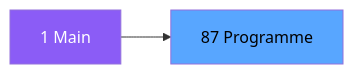
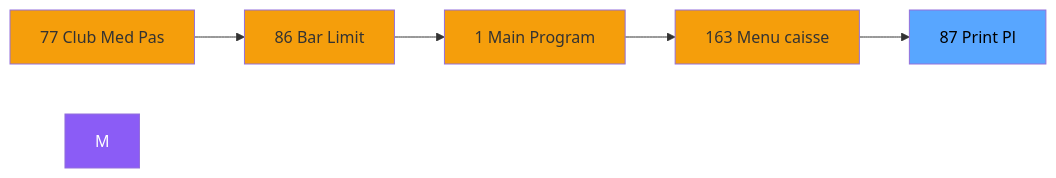
The second of 3 diagrams in .openspec/specs/ADH-IDE-87.md (thonyAGP/magic-migration), drawn with Mermaid before and after one commit. The commit also changed other lines of this file and 323 other files, not shown here.

````diff
--- a/.openspec/specs/ADH-IDE-87.md
+++ b/.openspec/specs/ADH-IDE-87.md
@@ -101,8 +115,18 @@
 ```mermaid
 graph LR
-    M[1 Main]
-    T[87 Programme]
-    M --> T
+    N77[77 Club Med Pas]
+    N86[86 Bar Limit]
+    N1[1 Main Program]
+    N163[163 Menu caisse ]
+    T[87     Print Pl]
+    N77 --> N86
+    N86 --> N1
+    N1 --> N163
+    N163 --> T
     style M fill:#8b5cf6,color:#fff
+    style N77 fill:#f59e0b
+    style N86 fill:#f59e0b
+    style N1 fill:#f59e0b
+    style N163 fill:#f59e0b
     style T fill:#58a6ff,color:#000
 ```
````
